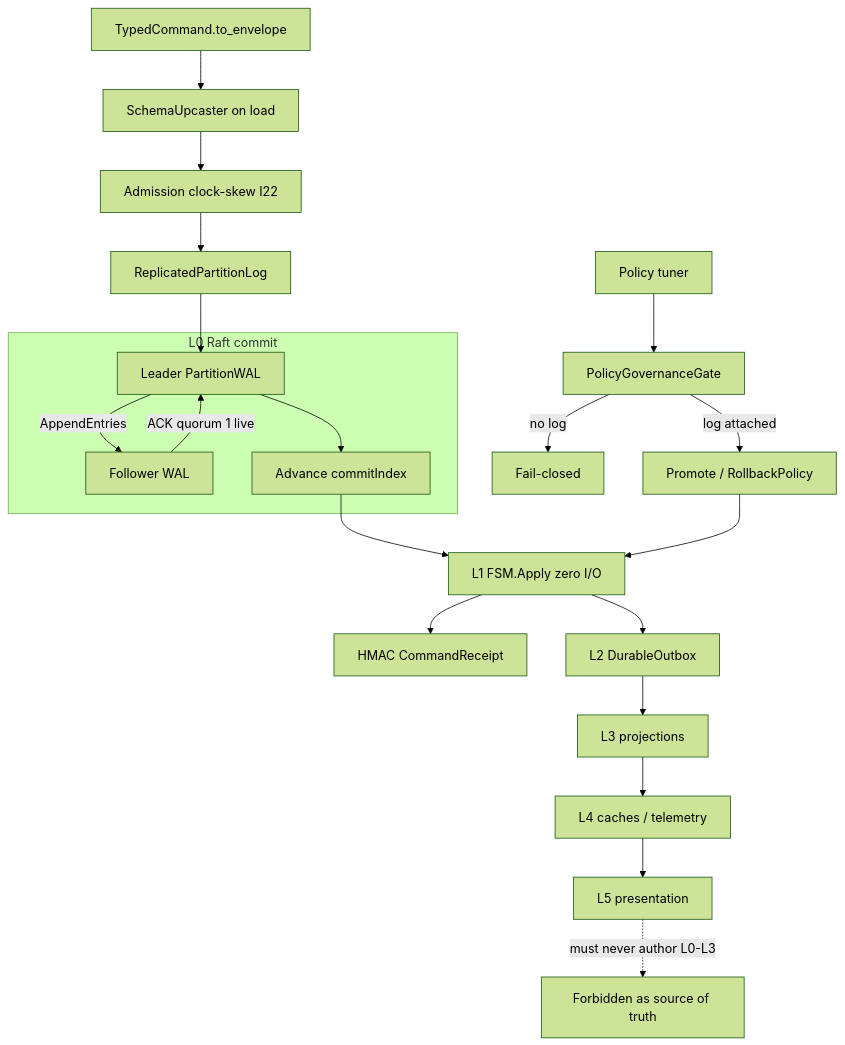
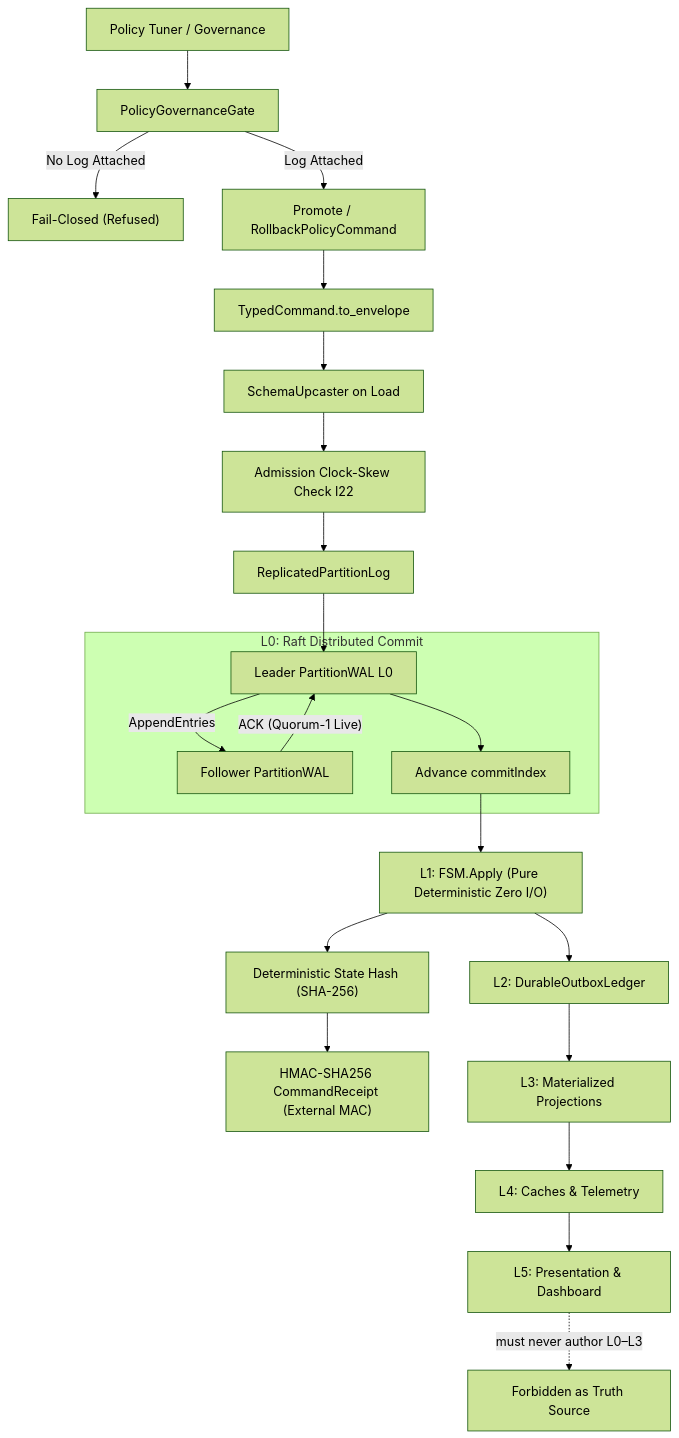
Before and after one commit to AviralGup7/Singularity-Zero: the fourth of 29 diagrams in docs/flowchart.md, drawn with Mermaid (forest theme). The commit also changed other lines of this file and 6 other files, not shown here.

Commit message:
feat(atlas): complete atlas audit hardening, code improvements, invariant registry, and charts F-034..F-045

````diff
--- a/docs/flowchart.md
+++ b/docs/flowchart.md
@@ -143,25 +179,26 @@
 ```mermaid
 flowchart TD
-    Typed["TypedCommand.to_envelope"] --> Up["SchemaUpcaster on load"]
-    Up --> Admit["Admission clock-skew I22"]
-    Admit --> Log["ReplicatedPartitionLog"]
-    subgraph Raft["L0 Raft commit"]
-        Leader["Leader PartitionWAL"]
-        F1["Follower WAL"]
+    Tuner["Policy Tuner / Governance"]:::impl --> Gate["PolicyGovernanceGate"]:::impl
+    Gate -->|No Log Attached| Closed["Fail-Closed (Refused)"]:::forbidden
+    Gate -->|Log Attached| Promo["Promote / RollbackPolicyCommand"]:::impl
+    Promo --> Typed["TypedCommand.to_envelope"]:::impl
+    Typed --> Up["SchemaUpcaster on Load"]:::impl
+    Up --> Admit["Admission Clock-Skew Check I22"]:::impl
+    Admit --> Log["ReplicatedPartitionLog"]:::impl
+    subgraph Raft["L0: Raft Distributed Commit"]
+        Leader["Leader PartitionWAL L0"]:::impl
+        F1["Follower PartitionWAL"]:::library
         Leader -->|"AppendEntries"| F1
-        F1 -->|"ACK quorum 1 live"| Leader
-        Leader --> Commit["Advance commitIndex"]
+        F1 -->|"ACK (Quorum-1 Live)"| Leader
+        Leader --> Commit["Advance commitIndex"]:::impl
     end
     Log --> Leader
-    Commit --> Apply["L1 FSM.Apply zero I/O"]
-    Apply --> Receipt["HMAC CommandReceipt"]
-    Apply --> Outbox["L2 DurableOutbox"]
-    Outbox --> Proj["L3 projections"]
-    Proj --> Cache["L4 caches / telemetry"]
-    Cache --> UI["L5 presentation"]
-    UI -.->|"must never author L0-L3"| Forbidden["Forbidden as source of truth"]
-    Tuner["Policy tuner"] --> Gate["PolicyGovernanceGate"]
-    Gate -->|no log| Closed["Fail-closed"]
-    Gate -->|log attached| Promo["Promote / RollbackPolicy"]
-    Promo --> Apply
+    Commit --> Apply["L1: FSM.Apply (Pure Deterministic Zero I/O)"]:::impl
+    Apply --> StateHash["Deterministic State Hash (SHA-256)"]:::impl
+    StateHash --> Receipt["HMAC-SHA256 CommandReceipt (External MAC)"]:::impl
+    Apply --> Outbox["L2: DurableOutboxLedger"]:::impl
+    Outbox --> Proj["L3: Materialized Projections"]:::impl
+    Proj --> Cache["L4: Caches & Telemetry"]:::impl
+    Cache --> UI["L5: Presentation & Dashboard"]:::impl
+    UI -.->|"must never author L0–L3"| Forbidden["Forbidden as Truth Source"]:::forbidden
 ```
````
